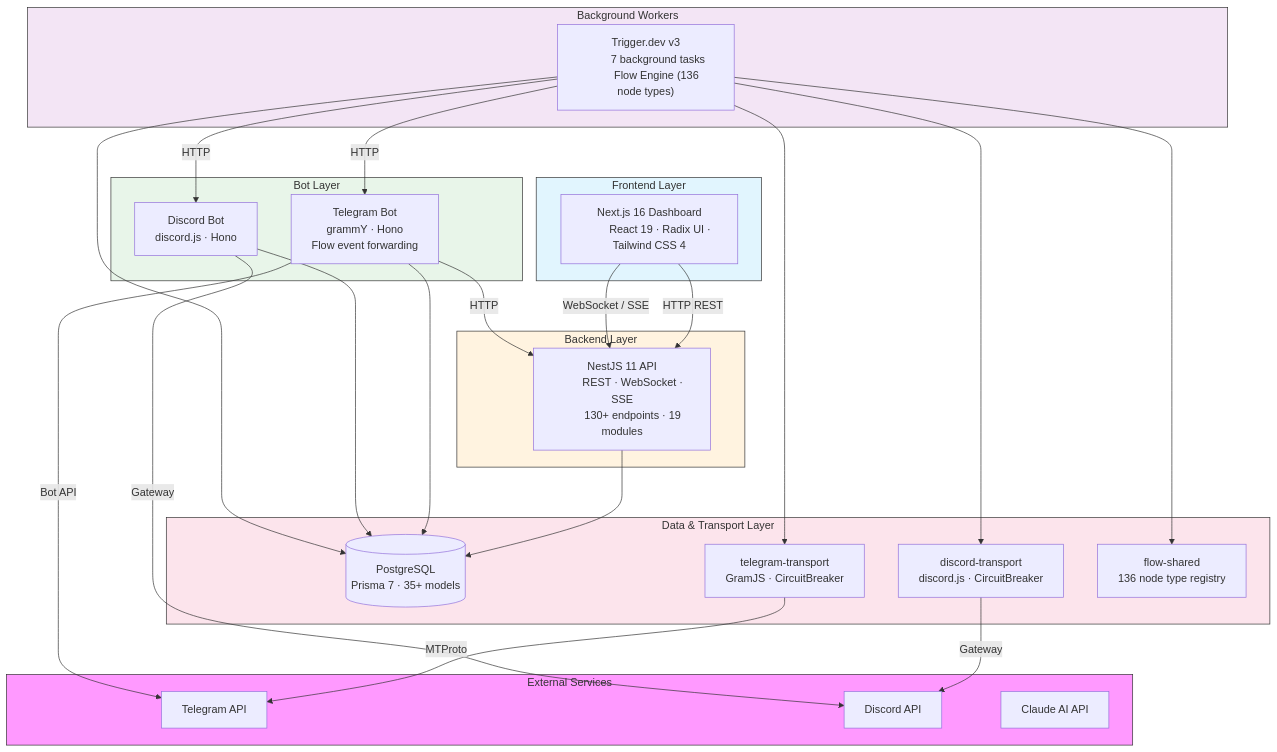
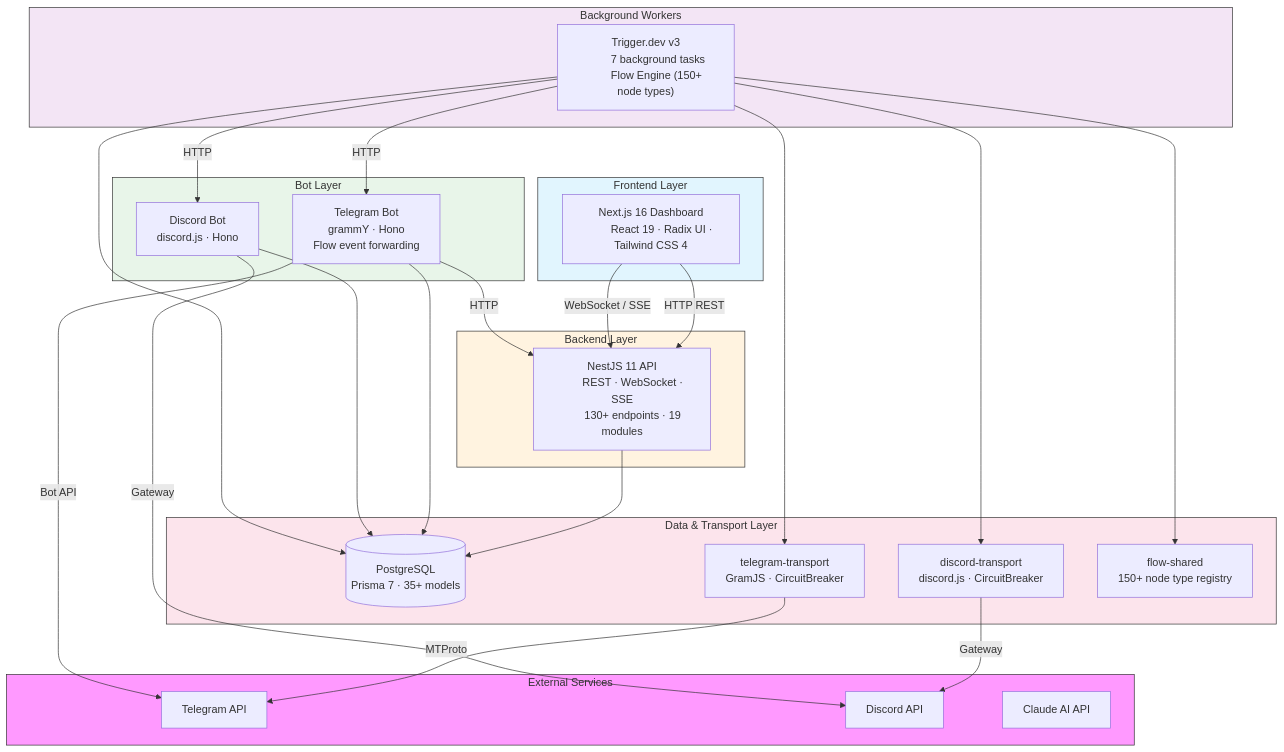
Before and after one commit to kolezka/flowbot: the first of 7 diagrams in README.md, drawn with Mermaid. The commit also changed other lines of this file, not shown here.

Commit message:
docs: update README diagrams and descriptions for multi-platform — Discord, cross-platform broadcast, 150+ node types

````diff
--- a/README.md
+++ b/README.md
@@ -36,71 +37,71 @@
 ```mermaid
 graph TB
     subgraph External["External Services"]
         TG["Telegram API"]
         DC["Discord API"]
         AI["Claude AI API"]
     end
 
     subgraph Frontend["Frontend Layer"]
         FE["Next.js 16 Dashboard
         React 19 &middot; Radix UI &middot; Tailwind CSS 4"]
     end
 
     subgraph Backend["Backend Layer"]
         API["NestJS 11 API
         REST &middot; WebSocket &middot; SSE
         130+ endpoints &middot; 19 modules"]
     end
 
     subgraph Bots["Bot Layer"]
         TG_BOT["Telegram Bot
         grammY &middot; Hono
         Flow event forwarding"]
         DB_BOT["Discord Bot
         discord.js &middot; Hono"]
     end
 
     subgraph Workers["Background Workers"]
         TRIGGER["Trigger.dev v3
         7 background tasks
-        Flow Engine (136 node types)"]
+        Flow Engine (150+ node types)"]
     end
 
     subgraph Data["Data & Transport Layer"]
         DB[("PostgreSQL
         Prisma 7 &middot; 35+ models")]
         TG_TR["telegram-transport
         GramJS &middot; CircuitBreaker"]
         DC_TR["discord-transport
         discord.js &middot; CircuitBreaker"]
         FS["flow-shared
-        136 node type registry"]
+        150+ node type registry"]
     end
 
     FE -->|"HTTP REST"| API
     FE -->|"WebSocket / SSE"| API
 
     API --> DB
     TG_BOT --> DB
     DB_BOT --> DB
     TRIGGER --> DB
 
     TG_BOT -->|"HTTP"| API
     TRIGGER -->|"HTTP"| TG_BOT
     TRIGGER -->|"HTTP"| DB_BOT
     TRIGGER --> TG_TR
     TRIGGER --> DC_TR
     TRIGGER --> FS
 
     TG_TR -->|"MTProto"| TG
     DC_TR -->|"Gateway"| DC
     TG_BOT -->|"Bot API"| TG
     DB_BOT -->|"Gateway"| DC
 
     style External fill:#f9f,stroke:#333,stroke-width:1px
     style Frontend fill:#e1f5fe,stroke:#333,stroke-width:1px
     style Backend fill:#fff3e0,stroke:#333,stroke-width:1px
     style Bots fill:#e8f5e9,stroke:#333,stroke-width:1px
     style Workers fill:#f3e5f5,stroke:#333,stroke-width:1px
     style Data fill:#fce4ec,stroke:#333,stroke-width:1px
 ```
````
